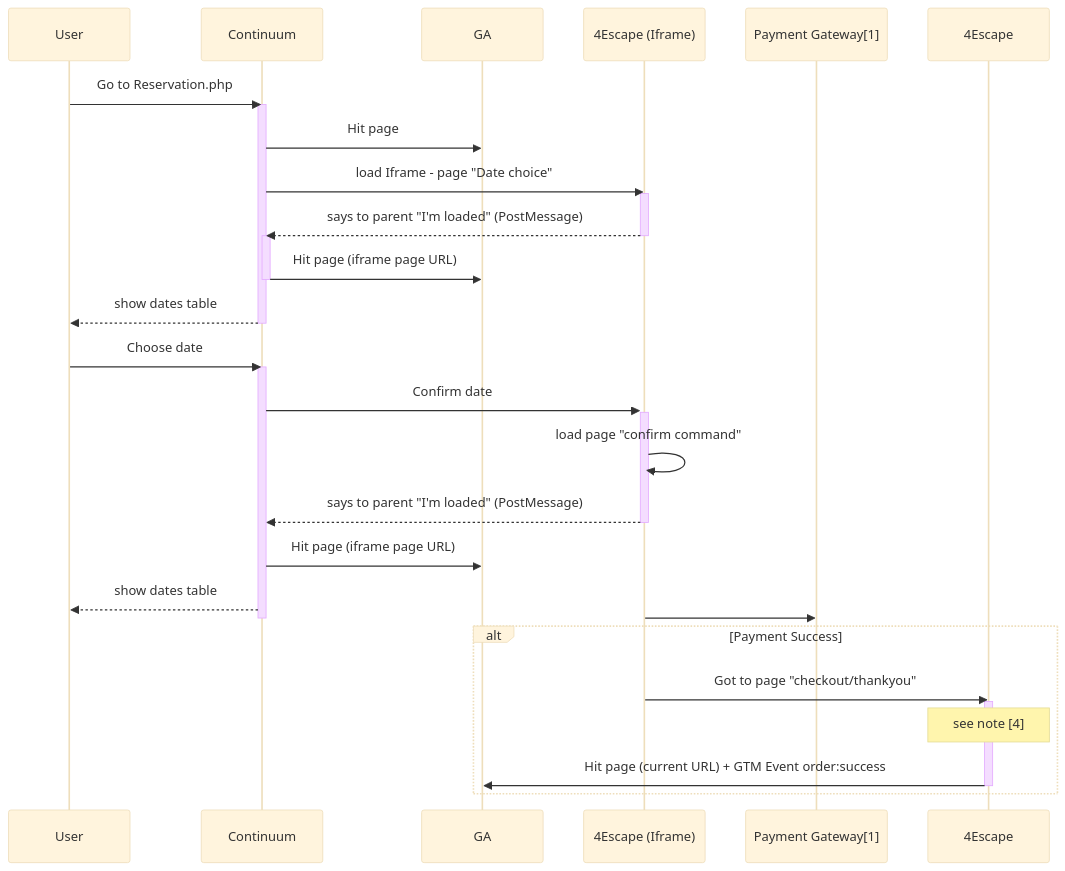
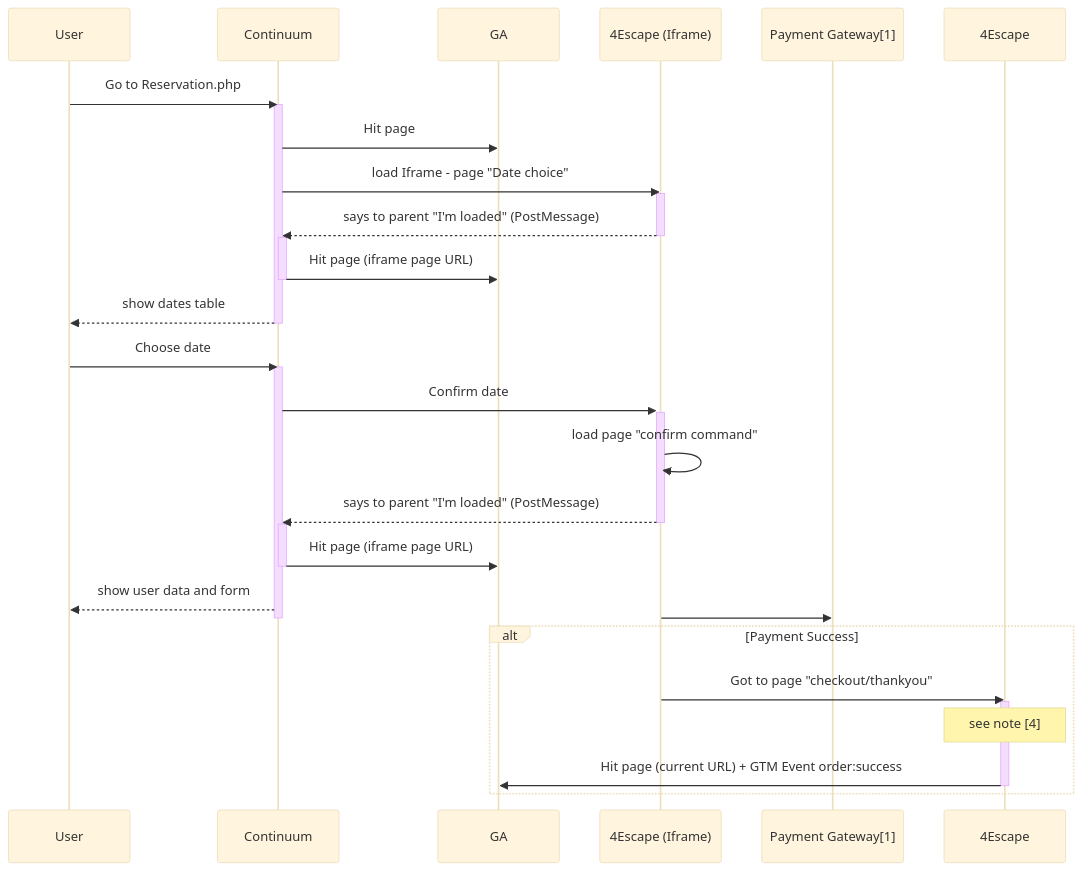
The diagram in doc/continuum/Sequence-session.md (NansPellicari/stackEdit), drawn with Mermaid (base theme) before and after one commit. The commit also changed other lines of this file, not shown here.

Commit message:
doc/continuum/Sequence-session.md updated from https://stackedit.io/

````diff
--- a/doc/continuum/Sequence-session.md
+++ b/doc/continuum/Sequence-session.md
@@ -1,32 +1,37 @@
 ```mermaid
 sequenceDiagram
 User->>Continuum: Go to Reservation.php
 activate Continuum
 Continuum->>GA: Hit page
 Continuum->>4Escape (Iframe): load Iframe - page "Date choice"
 activate 4Escape (Iframe)
 4Escape (Iframe)-->>Continuum: says to parent "I'm loaded" (PostMessage)
+deactivate 4Escape (Iframe)
 activate Continuum
-deactivate 4Escape (Iframe)
 Continuum->>GA: Hit page (iframe page URL)
 deactivate Continuum
 Continuum-->>User: show dates table
 deactivate Continuum
 
 User->>Continuum: Choose date 
 activate Continuum
 Continuum->>+4Escape (Iframe): Confirm date
 4Escape (Iframe)->>4Escape (Iframe): load page "confirm command"
 4Escape (Iframe)-->>-Continuum: says to parent "I'm loaded" (PostMessage)
+activate Continuum
 Continuum->>GA: Hit page (iframe page URL)
-Continuum-->>User: show dates table
+deactivate Continuum
+Continuum-->>User: show user data and form
 4Escape (Iframe)->>Payment Gateway[1]: 
 deactivate Continuum
+
+
+
 alt Payment Success
 	4Escape (Iframe)->>4Escape: Got to page "checkout/thankyou"
 	activate 4Escape
 	Note over 4Escape: see note [4]
 	4Escape->>GA: Hit page (current URL) + GTM Event order:success
 	deactivate 4Escape
 end
 ```
````
